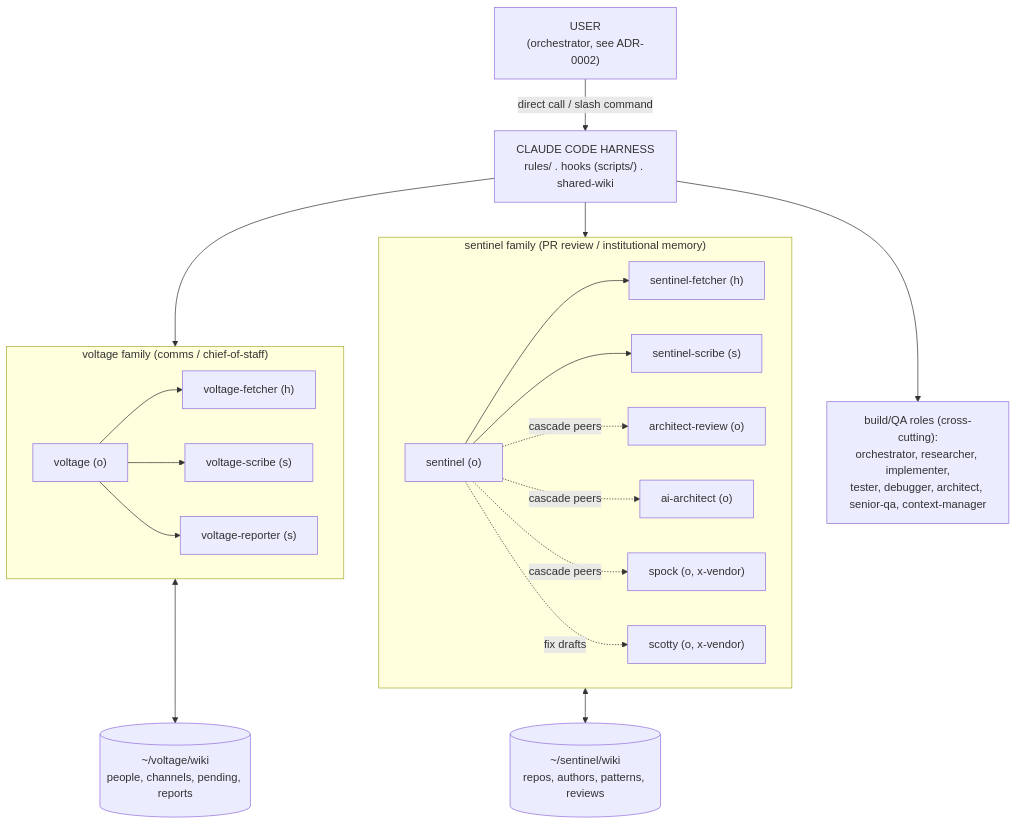
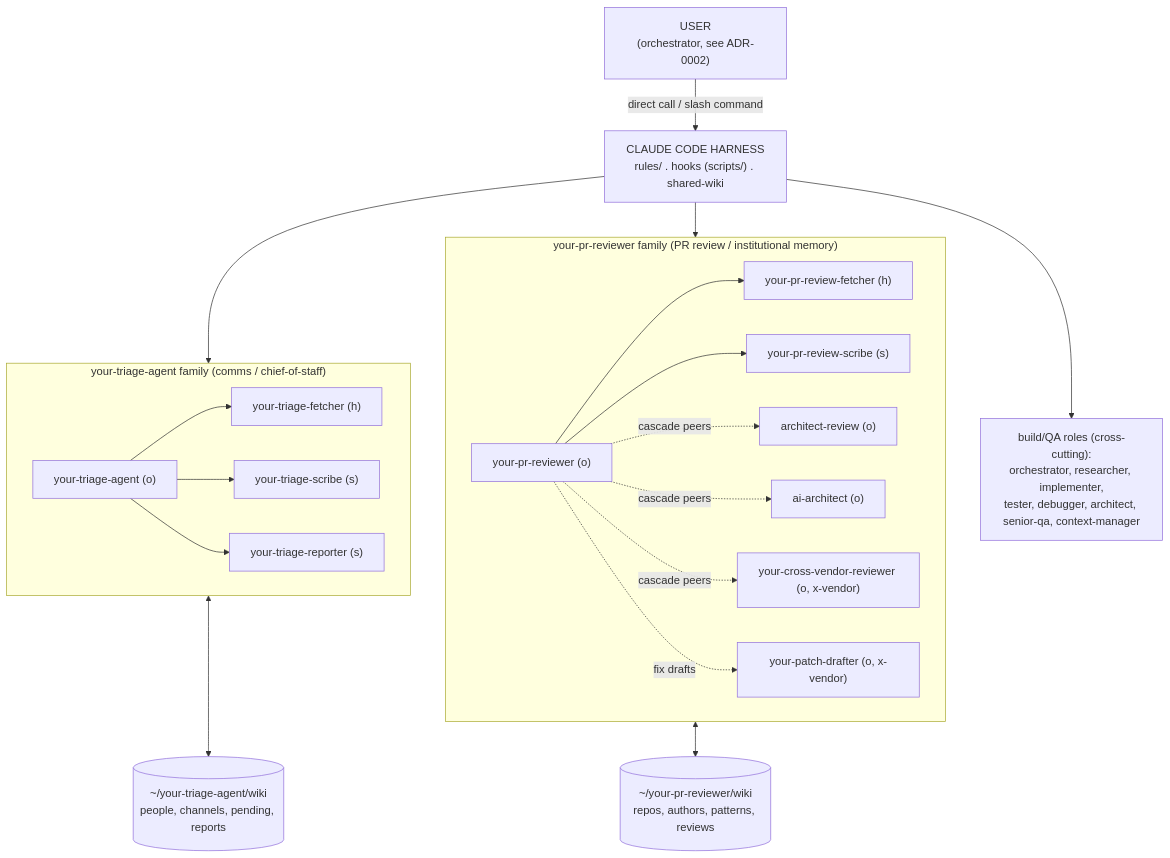
Before and after one commit to agent-rails/agentic-fabric: the first of 3 diagrams in docs/ARCHITECTURE.md, drawn with Mermaid. The commit also changed other lines of this file and 72 other files, not shown here.

````diff
--- a/docs/ARCHITECTURE.md
+++ b/docs/ARCHITECTURE.md
@@ -13,43 +13,43 @@
 ```mermaid
 flowchart TD
     user["USER<br/>(orchestrator, see ADR-0002)"]
     harness["CLAUDE CODE HARNESS<br/>rules/ . hooks (scripts/) . shared-wiki"]
     user -->|"direct call / slash command"| harness
 
-    subgraph voltage["voltage family (comms / chief-of-staff)"]
-        v["voltage (o)"]
-        vf["voltage-fetcher (h)"]
-        vs["voltage-scribe (s)"]
-        vr["voltage-reporter (s)"]
+    subgraph your-triage-agent["your-triage-agent family (comms / chief-of-staff)"]
+        v["your-triage-agent (o)"]
+        vf["your-triage-fetcher (h)"]
+        vs["your-triage-scribe (s)"]
+        vr["your-triage-reporter (s)"]
         v --> vf
         v --> vs
         v --> vr
     end
 
-    subgraph sentinel["sentinel family (PR review / institutional memory)"]
-        s["sentinel (o)"]
-        sf["sentinel-fetcher (h)"]
-        ss["sentinel-scribe (s)"]
+    subgraph your-pr-reviewer["your-pr-reviewer family (PR review / institutional memory)"]
+        s["your-pr-reviewer (o)"]
+        sf["your-pr-review-fetcher (h)"]
+        ss["your-pr-review-scribe (s)"]
         ar["architect-review (o)"]
         aa["ai-architect (o)"]
-        sp["spock (o, x-vendor)"]
-        sc["scotty (o, x-vendor)"]
+        sp["your-cross-vendor-reviewer (o, x-vendor)"]
+        sc["your-patch-drafter (o, x-vendor)"]
         s --> sf
         s --> ss
         s -.cascade peers.-> ar
         s -.cascade peers.-> aa
         s -.cascade peers.-> sp
         s -.fix drafts.-> sc
     end
 
-    harness --> voltage
-    harness --> sentinel
+    harness --> your-triage-agent
+    harness --> your-pr-reviewer
 
-    vwiki[("~/voltage/wiki<br/>people, channels, pending, reports")]
-    swiki[("~/sentinel/wiki<br/>repos, authors, patterns, reviews")]
-    voltage <--> vwiki
-    sentinel <--> swiki
+    vwiki[("~/your-triage-agent/wiki<br/>people, channels, pending, reports")]
+    swiki[("~/your-pr-reviewer/wiki<br/>repos, authors, patterns, reviews")]
+    your-triage-agent <--> vwiki
+    your-pr-reviewer <--> swiki
 
     build["build/QA roles (cross-cutting):<br/>orchestrator, researcher, implementer,<br/>tester, debugger, architect, senior-qa, context-manager"]
     harness --> build
 ```
````
